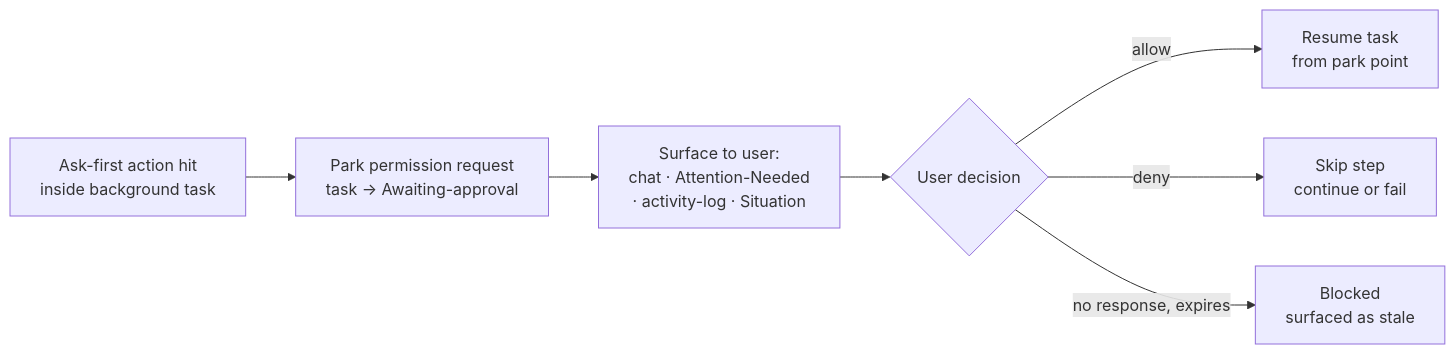
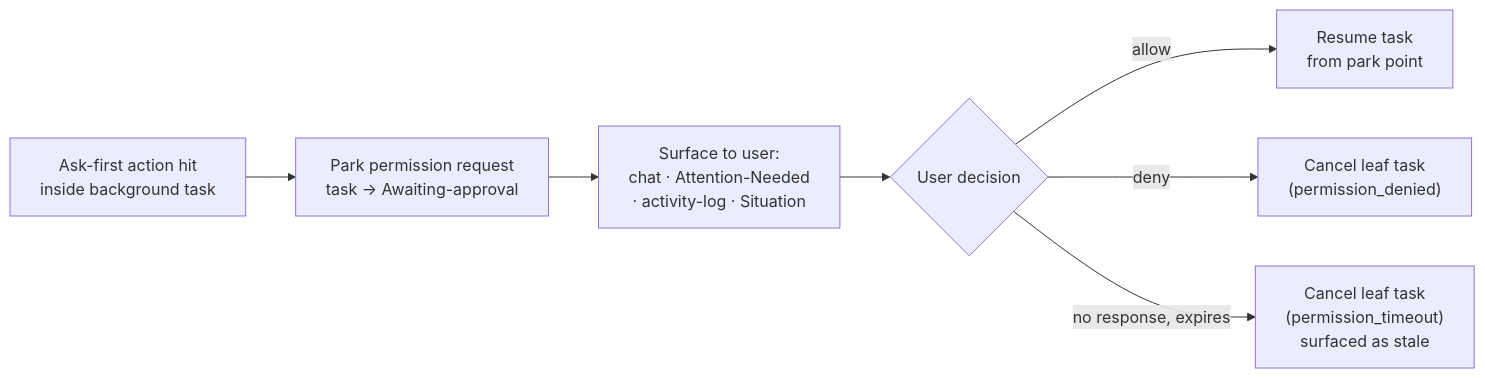
The third of 4 diagrams in specs/constitution.md (alex-oleshkevich/dailydrift), drawn with Mermaid before and after one commit. The commit also changed other lines of this file and 14 other files, not shown here.

````diff
--- a/specs/constitution.md
+++ b/specs/constitution.md
@@ -134,15 +134,15 @@
 ```mermaid
 flowchart LR
     A["Ask-first action hit<br/>inside background task"]
     B["Park permission request<br/>task → Awaiting-approval"]
     C["Surface to user:<br/>chat · Attention-Needed<br/>· activity-log · Situation"]
     D{"User decision"}
     E["Resume task<br/>from park point"]
-    F["Skip step<br/>continue or fail"]
-    G["Blocked<br/>surfaced as stale"]
+    F["Cancel leaf task<br/>(permission_denied)"]
+    G["Cancel leaf task<br/>(permission_timeout)<br/>surfaced as stale"]
 
     A --> B --> C --> D
     D -->|allow| E
     D -->|deny| F
     D -->|no response, expires| G
 ```
````
